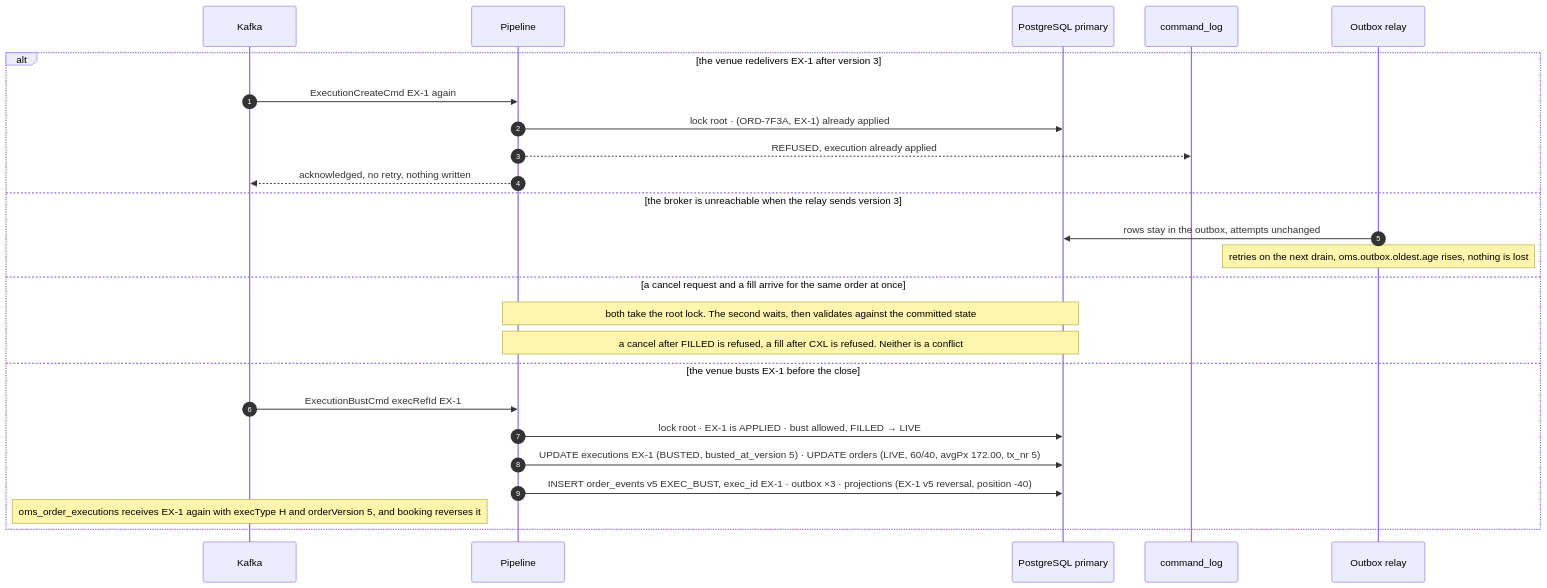
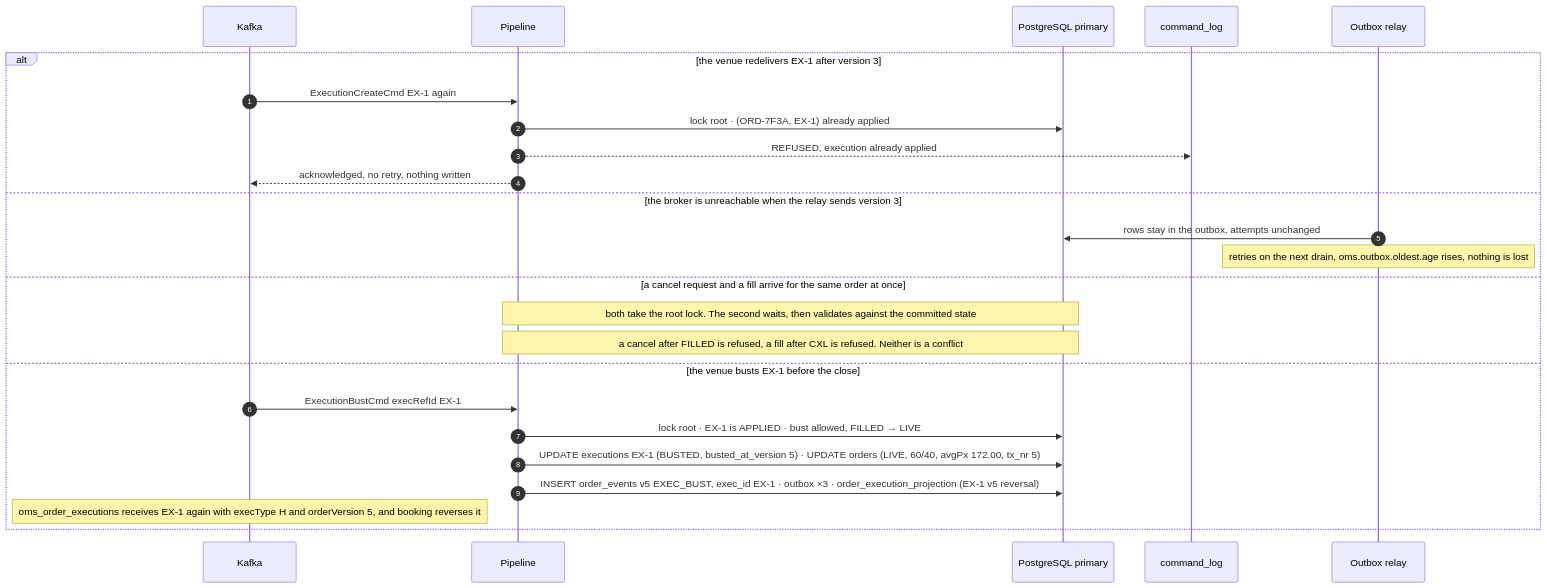
One commit to tbaderts/oms changed the tenth of 10 diagrams in oms-core/docs/target-architecture.md. Above: the diagram before and after it, drawn with Mermaid. The commit also changed other lines of this file and 219 other files, not shown here.

Commit message:
ui improvements, target architecture updates

````diff
--- a/oms-core/docs/target-architecture.md
+++ b/oms-core/docs/target-architecture.md
@@ -687,28 +691,28 @@
 ```mermaid
 sequenceDiagram
     autonumber
     participant K as Kafka
     participant P as Pipeline
     participant DB as PostgreSQL primary
     participant CL as command_log
     participant R as Outbox relay
 
     alt the venue redelivers EX-1 after version 3
         K->>P: ExecutionCreateCmd EX-1 again
         P->>DB: lock root · (ORD-7F3A, EX-1) already applied
         P-->>CL: REFUSED, execution already applied
         P-->>K: acknowledged, no retry, nothing written
     else the broker is unreachable when the relay sends version 3
         R->>DB: rows stay in the outbox, attempts unchanged
         Note over R: retries on the next drain, oms.outbox.oldest.age rises, nothing is lost
     else a cancel request and a fill arrive for the same order at once
         Note over P,DB: both take the root lock. The second waits, then validates against the committed state
         Note over P,DB: a cancel after FILLED is refused, a fill after CXL is refused. Neither is a conflict
     else the venue busts EX-1 before the close
         K->>P: ExecutionBustCmd execRefId EX-1
         P->>DB: lock root · EX-1 is APPLIED · bust allowed, FILLED → LIVE
         P->>DB: UPDATE executions EX-1 (BUSTED, busted_at_version 5) · UPDATE orders (LIVE, 60/40, avgPx 172.00, tx_nr 5)
-        P->>DB: INSERT order_events v5 EXEC_BUST, exec_id EX-1 · outbox ×3 · projections (EX-1 v5 reversal, position -40)
+        P->>DB: INSERT order_events v5 EXEC_BUST, exec_id EX-1 · outbox ×3 · order_execution_projection (EX-1 v5 reversal)
         Note over K: oms_order_executions receives EX-1 again with execType H and orderVersion 5, and booking reverses it
     end
 ```
````
